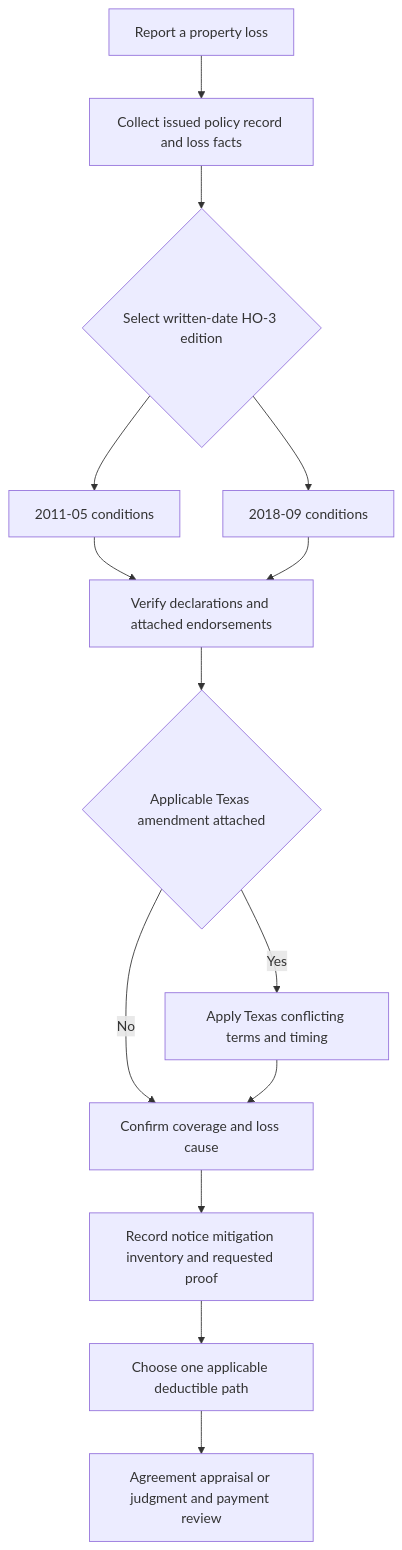
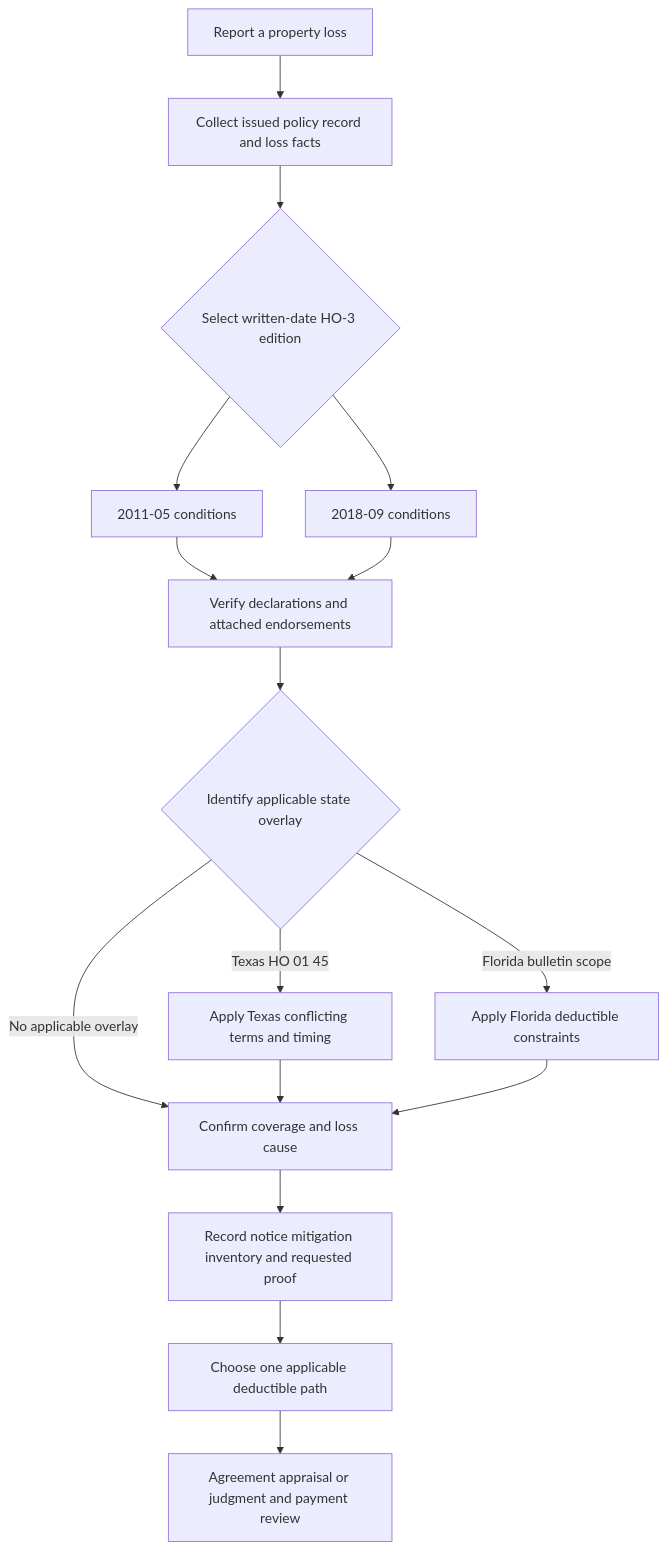
Before and after one commit to eugeneliu-86/openwiki-insurance-corpus: the diagram in openwiki/coverage/property/claim-conditions-and-deductibles.md, drawn with Mermaid. The commit also changed other lines of this file and 47 other files, not shown here.

````diff
--- a/openwiki/coverage/property/claim-conditions-and-deductibles.md
+++ b/openwiki/coverage/property/claim-conditions-and-deductibles.md
@@ -48,16 +42,18 @@
 ```mermaid
 flowchart TD
     Intake["Report a property loss"] --> Record["Collect issued policy record and loss facts"]
     Record --> Edition{"Select written-date HO-3 edition"}
     Edition --> Old["2011-05 conditions"]
     Edition --> New["2018-09 conditions"]
     Old --> Layers["Verify declarations and attached endorsements"]
     New --> Layers
-    Layers --> State{"Applicable Texas amendment attached"}
-    State -- Yes --> Texas["Apply Texas conflicting terms and timing"]
-    State -- No --> Coverage["Confirm coverage and loss cause"]
+    Layers --> State{"Identify applicable state overlay"}
+    State -- "Texas HO 01 45" --> Texas["Apply Texas conflicting terms and timing"]
+    State -- "Florida bulletin scope" --> Florida["Apply Florida deductible constraints"]
+    State -- "No applicable overlay" --> Coverage["Confirm coverage and loss cause"]
     Texas --> Coverage
+    Florida --> Coverage
     Coverage --> Duties["Record notice mitigation inventory and requested proof"]
     Duties --> Deductible["Choose one applicable deductible path"]
     Deductible --> Resolution["Agreement appraisal or judgment and payment review"]
 ```
````
